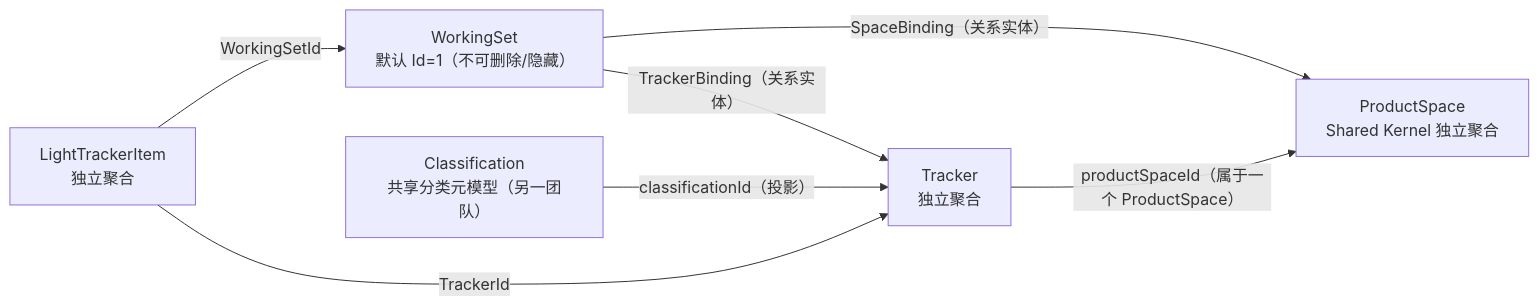
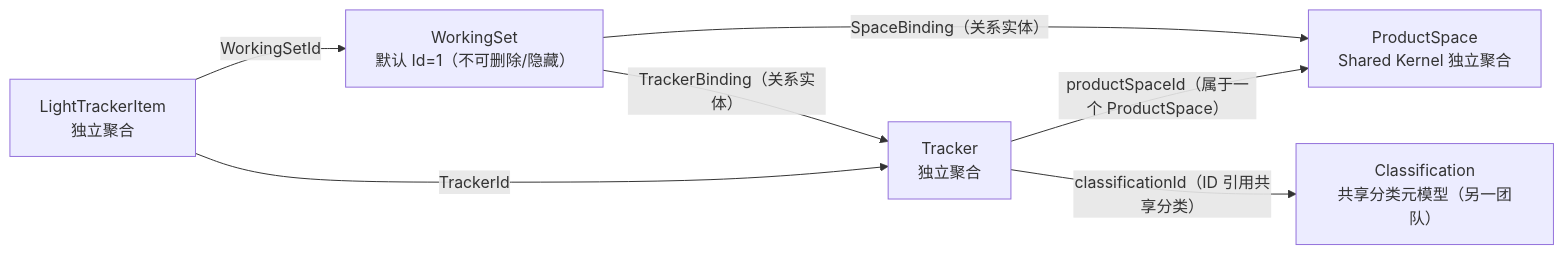
Before and after one commit to Greytrack/ddd-workingset: the diagram in docs/working-set/diagrams/productspace-tracker-workingset.md, drawn with Mermaid. The commit also changed 44 other files, not shown here.

````diff
--- a/docs/working-set/diagrams/productspace-tracker-workingset.md
+++ b/docs/working-set/diagrams/productspace-tracker-workingset.md
@@ -11,15 +11,15 @@
 ```mermaid
 flowchart LR
     WS["WorkingSet<br/>默认 Id=1（不可删除/隐藏）"]
     PS["ProductSpace<br/>Shared Kernel 独立聚合"]
     TR["Tracker<br/>独立聚合"]
     CL["Classification<br/>共享分类元模型（另一团队）"]
     LTI["LightTrackerItem<br/>独立聚合"]
 
     WS -->|"SpaceBinding（关系实体）"| PS
     WS -->|"TrackerBinding（关系实体）"| TR
     TR -->|"productSpaceId（属于一个 ProductSpace）"| PS
-    CL -->|"classificationId（投影）"| TR
+    TR -->|"classificationId（ID 引用共享分类）"| CL
     LTI -->|"TrackerId"| TR
     LTI -->|"WorkingSetId"| WS
 ```
````
